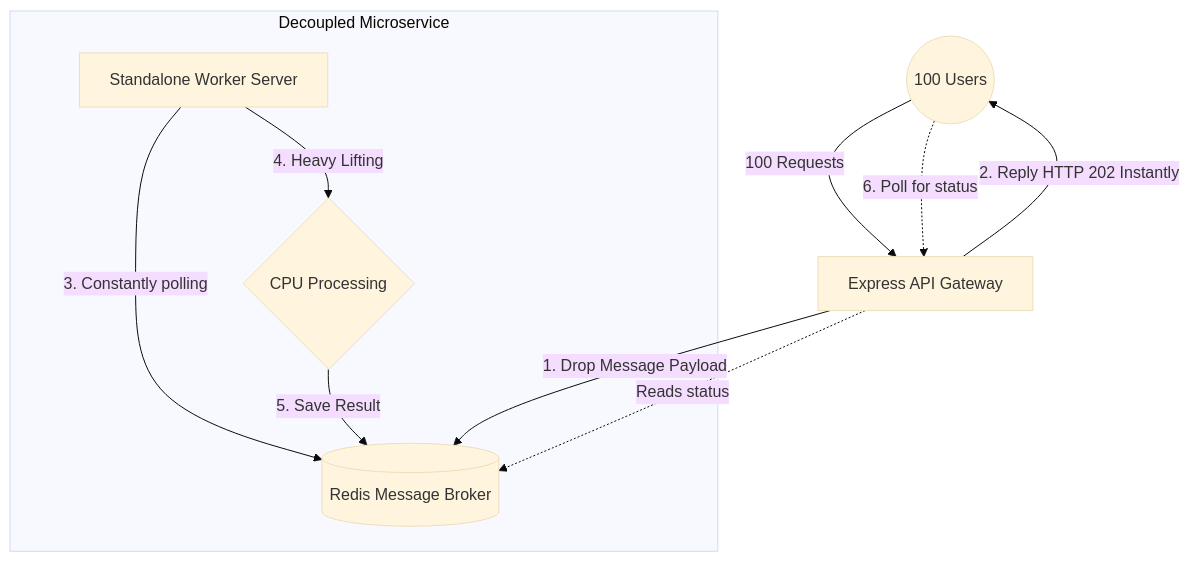
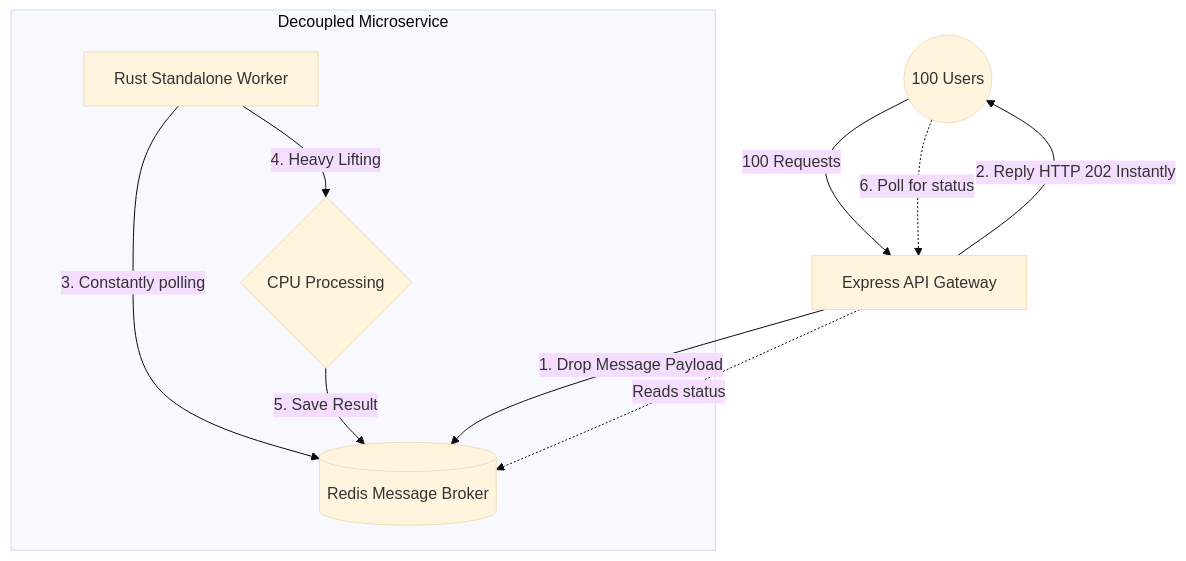
One commit to adilhusain01/Multithreading changed the fourth of 4 diagrams in README.md. Above: the diagram before and after it, drawn with Mermaid (base theme). The commit also changed other lines of this file and 2067 other files, not shown here.

Commit message:
feat: Replace Node queue worker with Native Rust Worker querying Redis natively

````diff
--- a/README.md
+++ b/README.md
@@ -122,15 +122,15 @@
 ```mermaid
 graph TD
     Users((100 Users)) -->|100 Requests| API[Express API Gateway]
     API -->|1. Drop Message Payload| Redis[(Redis Message Broker)]
     API -->|2. Reply HTTP 202 Instantly| Users
     
     subgraph Decoupled Microservice
-    Worker[Standalone Worker Server] -->|3. Constantly polling| Redis
+    Worker[Rust Standalone Worker] -->|3. Constantly polling| Redis
     Worker -->|4. Heavy Lifting| CPU{CPU Processing}
     CPU -->|5. Save Result| Redis
     end
     
     Users -.->|6. Poll for status| API
     API -.->|Reads status| Redis
 ```
````
